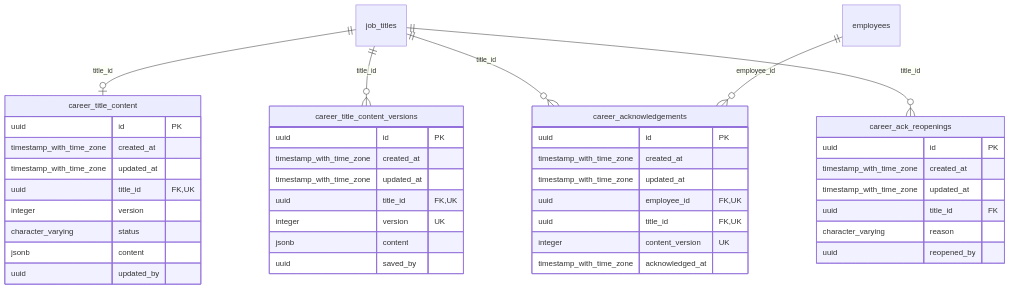
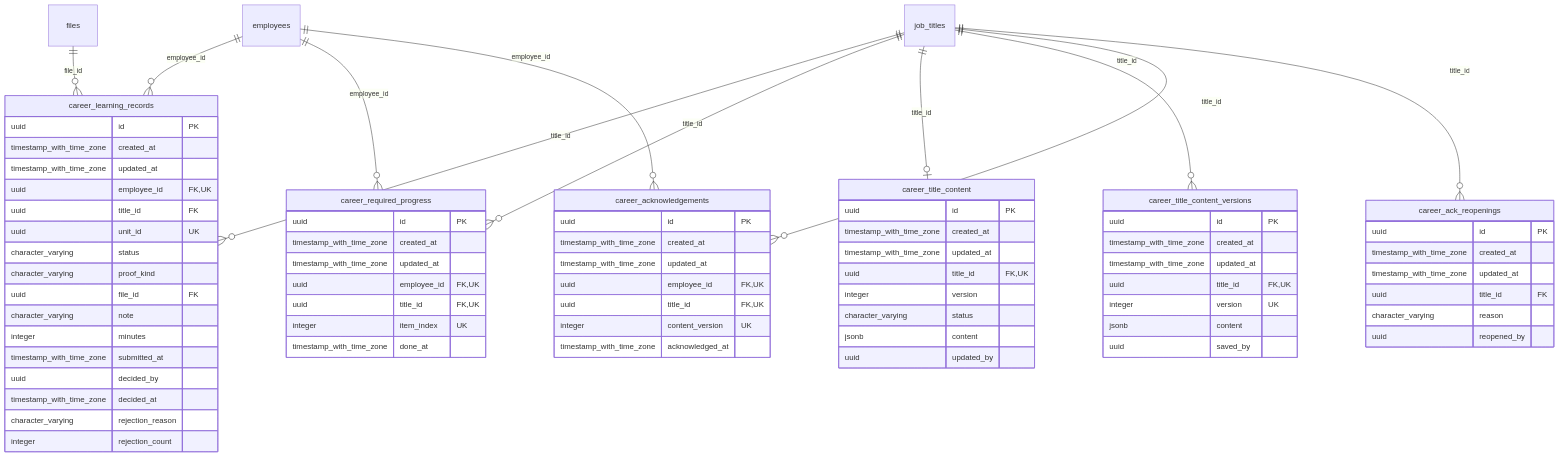
The tenth of 10 diagrams in docs/database-design.md (Arweqah-Company/arweqah_platform), drawn with Mermaid before and after one commit. The commit also changed other lines of this file and 28 other files, not shown here.

````diff
--- a/docs/database-design.md
+++ b/docs/database-design.md
@@ -1057,44 +1057,76 @@
 ```mermaid
 erDiagram
   career_title_content {
     uuid id PK
     timestamp_with_time_zone created_at
     timestamp_with_time_zone updated_at
     uuid title_id FK,UK
     integer version
     character_varying status
     jsonb content
     uuid updated_by
   }
   career_title_content_versions {
     uuid id PK
     timestamp_with_time_zone created_at
     timestamp_with_time_zone updated_at
     uuid title_id FK,UK
     integer version UK
     jsonb content
     uuid saved_by
   }
   career_acknowledgements {
     uuid id PK
     timestamp_with_time_zone created_at
     timestamp_with_time_zone updated_at
     uuid employee_id FK,UK
     uuid title_id FK,UK
     integer content_version UK
     timestamp_with_time_zone acknowledged_at
   }
   career_ack_reopenings {
     uuid id PK
     timestamp_with_time_zone created_at
     timestamp_with_time_zone updated_at
     uuid title_id FK
     character_varying reason
     uuid reopened_by
   }
+  career_learning_records {
+    uuid id PK
+    timestamp_with_time_zone created_at
+    timestamp_with_time_zone updated_at
+    uuid employee_id FK,UK
+    uuid title_id FK
+    uuid unit_id UK
+    character_varying status
+    character_varying proof_kind
+    uuid file_id FK
+    character_varying note
+    integer minutes
+    timestamp_with_time_zone submitted_at
+    uuid decided_by
+    timestamp_with_time_zone decided_at
+    character_varying rejection_reason
+    integer rejection_count
+  }
+  career_required_progress {
+    uuid id PK
+    timestamp_with_time_zone created_at
+    timestamp_with_time_zone updated_at
+    uuid employee_id FK,UK
+    uuid title_id FK,UK
+    integer item_index UK
+    timestamp_with_time_zone done_at
+  }
+  employees ||--o{ career_learning_records : "employee_id"
+  job_titles ||--o{ career_learning_records : "title_id"
+  files ||--o{ career_learning_records : "file_id"
+  employees ||--o{ career_required_progress : "employee_id"
+  job_titles ||--o{ career_required_progress : "title_id"
   job_titles ||--o| career_title_content : "title_id"
   job_titles ||--o{ career_title_content_versions : "title_id"
   job_titles ||--o{ career_acknowledgements : "title_id"
   job_titles ||--o{ career_ack_reopenings : "title_id"
   employees ||--o{ career_acknowledgements : "employee_id"
 ```
````
